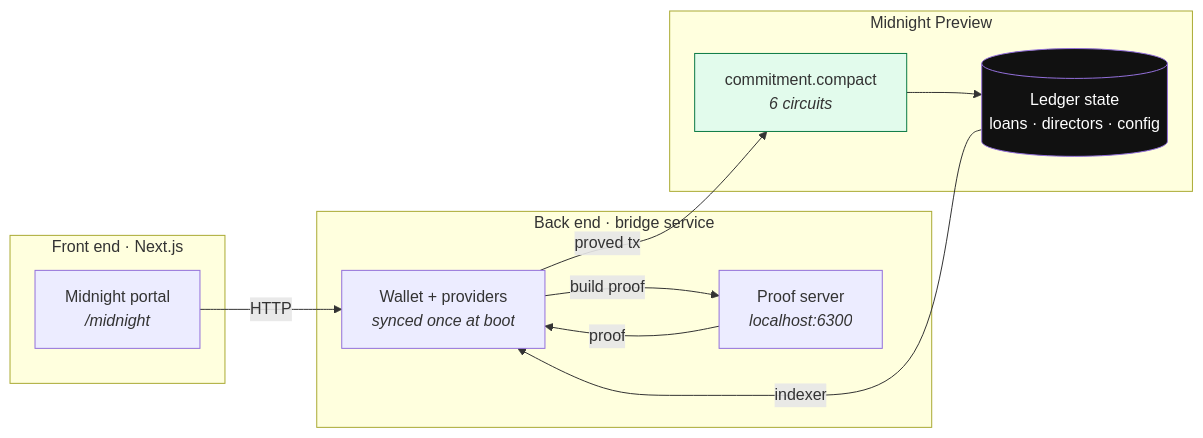
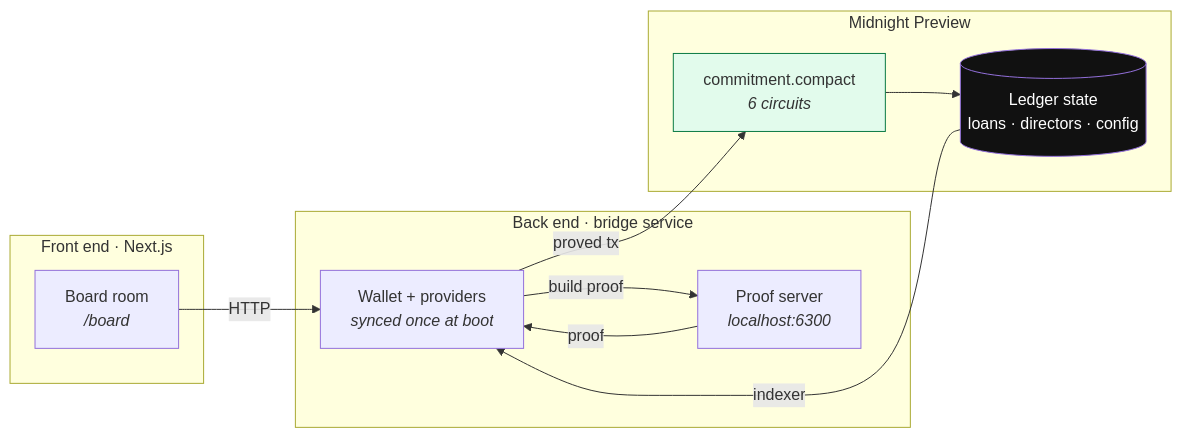
The diagram in README.md (ripWr3ncH/BlockChain-Devpost), drawn with Mermaid before and after one commit. The commit also changed other lines of this file and 23 other files, not shown here.

````diff
--- a/README.md
+++ b/README.md
@@ -96,26 +96,26 @@
 ```mermaid
 flowchart LR
     subgraph WEB["Front end · Next.js"]
-        UI["Midnight portal<br/><i>/midnight</i>"]
+        UI["Board room<br/><i>/board</i>"]
     end
 
     subgraph BRIDGE["Back end · bridge service"]
         W["Wallet + providers<br/><i>synced once at boot</i>"]
         PS["Proof server<br/><i>localhost:6300</i>"]
     end
 
     subgraph MN["Midnight Preview"]
         CC["commitment.compact<br/><i>6 circuits</i>"]
         L[("Ledger state<br/>loans · directors · config")]
     end
 
     UI -->|HTTP| W
     W -->|build proof| PS
     PS -->|proof| W
     W -->|proved tx| CC
     CC --> L
     L -->|indexer| W
 
     style CC fill:#e2fbec,stroke:#0a7a43
     style L fill:#111111,color:#ffffff
 ```
````
